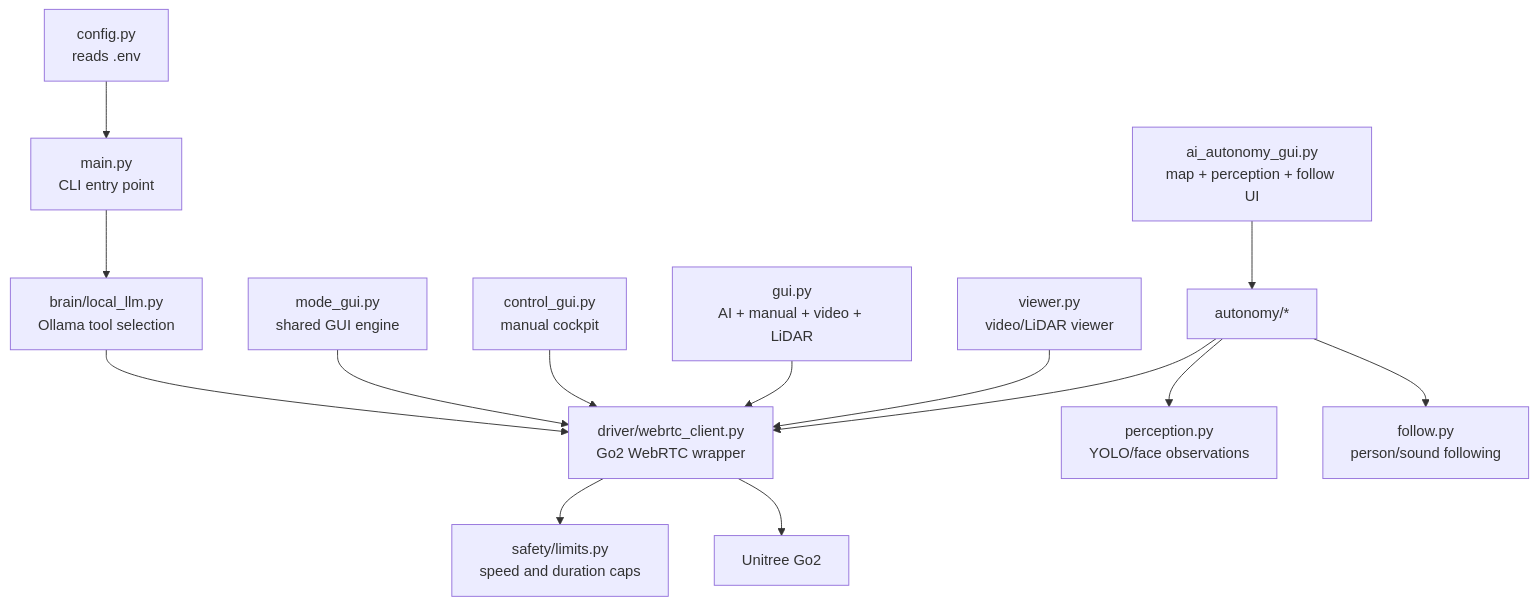
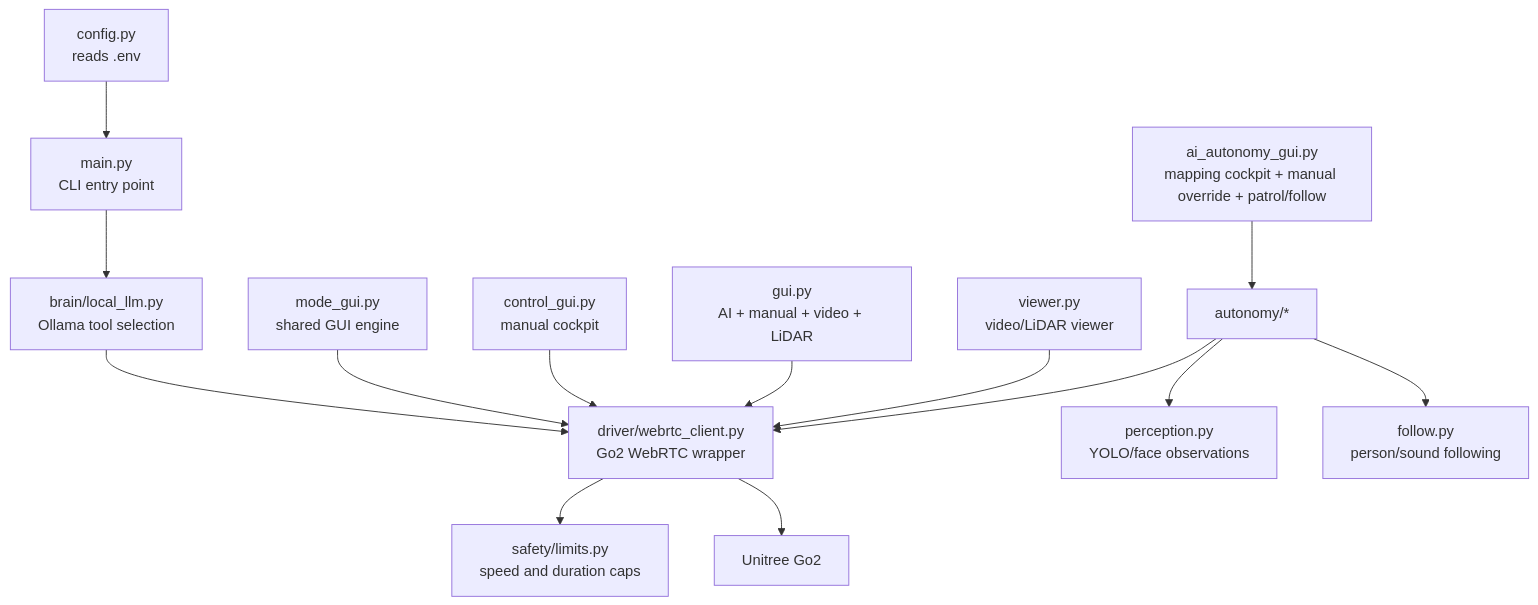
One commit to creeskis/go2_local_brain changed the second of 8 diagrams in README.md. Above: the diagram before and after it, drawn with Mermaid. The commit also changed other lines of this file and 7 other files, not shown here.

First line of the commit message:
Make mapping cockpit the primary GUI

````diff
--- a/README.md
+++ b/README.md
@@ -470,18 +470,18 @@
 ```mermaid
 flowchart TB
     Config["config.py<br/>reads .env"] --> Main["main.py<br/>CLI entry point"]
     Main --> Brain["brain/local_llm.py<br/>Ollama tool selection"]
     Brain --> Driver["driver/webrtc_client.py<br/>Go2 WebRTC wrapper"]
     Driver --> Safety["safety/limits.py<br/>speed and duration caps"]
     Driver --> Robot["Unitree Go2"]
 
     ModeGui["mode_gui.py<br/>shared GUI engine"] --> Driver
     ControlGui["control_gui.py<br/>manual cockpit"] --> Driver
     UnifiedGui["gui.py<br/>AI + manual + video + LiDAR"] --> Driver
     Viewer["viewer.py<br/>video/LiDAR viewer"] --> Driver
 
-    AiAuto["ai_autonomy_gui.py<br/>map + perception + follow UI"] --> Auto["autonomy/*"]
+    AiAuto["ai_autonomy_gui.py<br/>mapping cockpit + manual override + patrol/follow"] --> Auto["autonomy/*"]
     Auto --> Driver
     Auto --> Perception["perception.py<br/>YOLO/face observations"]
     Auto --> Follow["follow.py<br/>person/sound following"]
 ```
````
